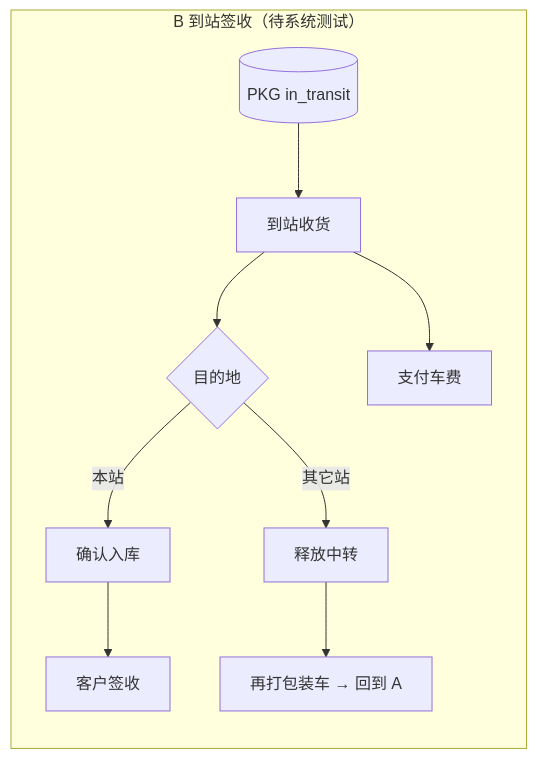
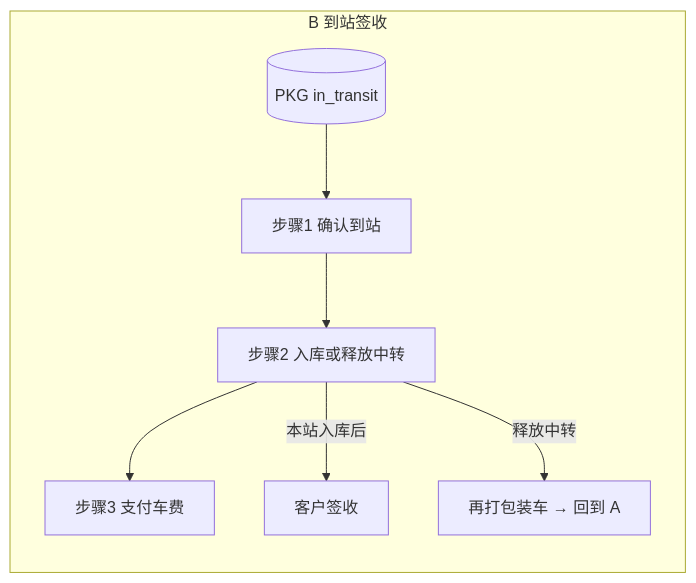
Before and after one commit to huangdelun16-lgtm/ml-express: the third of 4 diagrams in AI_GUIDE.md, drawn with Mermaid. The commit also changed other lines of this file, not shown here.

````diff
--- a/AI_GUIDE.md
+++ b/AI_GUIDE.md
@@ -952,12 +1054,10 @@
 ```mermaid
 flowchart LR
-  subgraph B ["B 到站签收（待系统测试）"]
-    B0[(PKG in_transit)] --> B1[到站收货]
-    B1 --> B2{目的地}
-    B2 -->|本站| B3[确认入库]
-    B2 -->|其它站| B4[释放中转]
-    B1 --> B5[支付车费]
-    B3 --> B6[客户签收]
-    B4 --> B7[再打包装车 → 回到 A]
+  subgraph B ["B 到站签收"]
+    B0[(PKG in_transit)] --> B1[步骤1 确认到站]
+    B1 --> B2[步骤2 入库或释放中转]
+    B2 --> B3[步骤3 支付车费]
+    B2 -->|本站入库后| B4[客户签收]
+    B2 -->|释放中转| B5[再打包装车 → 回到 A]
   end
 ```
````
